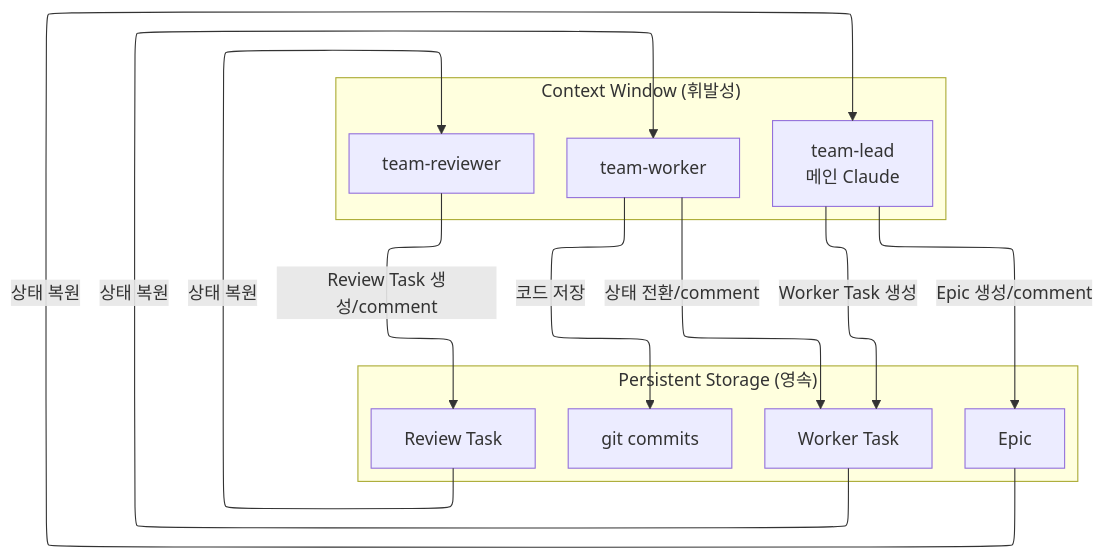
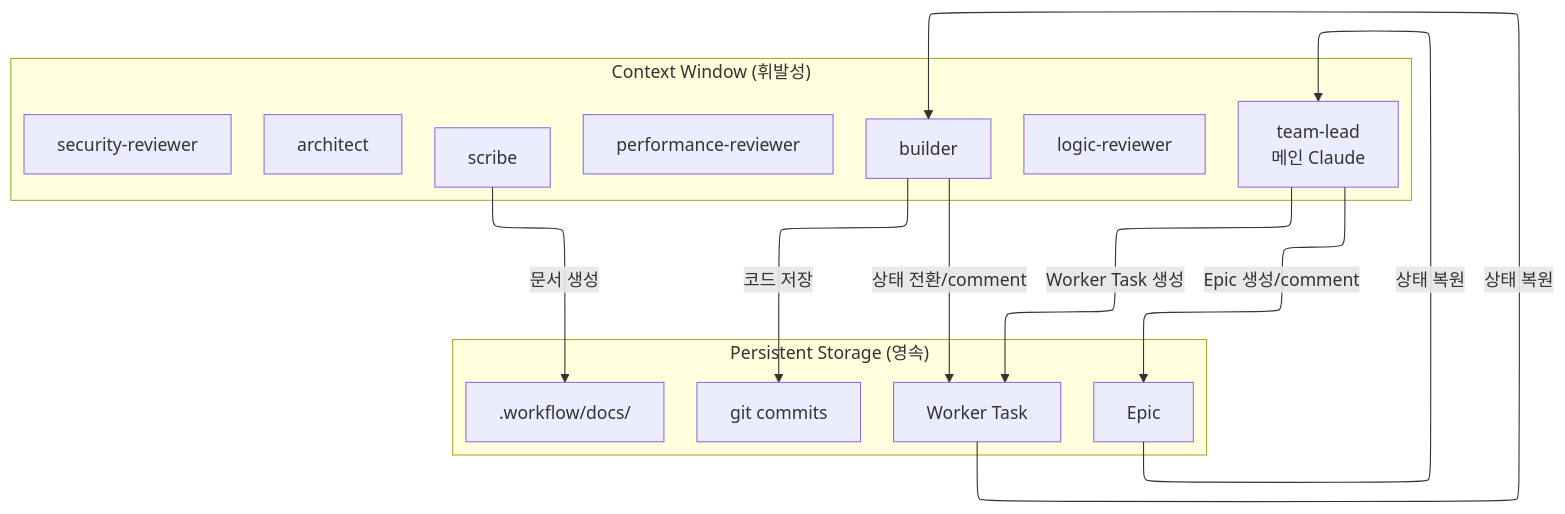
The diagram in plugins/workflow/guides/context-management.md (Wondermove-Inc/calab-claude-plugin), drawn with Mermaid before and after one commit. The commit also changed other lines of this file and 14 other files, not shown here.

First line of the commit message:
[refactor]: teams 워크플로우 7인 팀 구조 전환 (workflow 4.0.1)

````diff
--- a/plugins/workflow/guides/context-management.md
+++ b/plugins/workflow/guides/context-management.md
@@ -19,28 +19,31 @@
 ```mermaid
 ---
 config:
   layout: elk
 ---
 flowchart TB
     subgraph CTX["Context Window (휘발성)"]
         TL[team-lead<br/>메인 Claude]
-        W[team-worker]
-        R[team-reviewer]
+        A[architect]
+        B[builder]
+        SR[security-reviewer]
+        PR[performance-reviewer]
+        LR[logic-reviewer]
+        S[scribe]
     end
 
     subgraph PST["Persistent Storage (영속)"]
         Epic[Epic]
         WT[Worker Task]
-        RT[Review Task]
         Git[git commits]
+        Doc[.workflow/docs/]
     end
 
     TL -->|Epic 생성/comment| Epic
     TL -->|Worker Task 생성| WT
-    W -->|상태 전환/comment| WT
-    W -->|코드 저장| Git
-    R -->|Review Task 생성/comment| RT
+    B -->|상태 전환/comment| WT
+    B -->|코드 저장| Git
+    S -->|문서 생성| Doc
     Epic -->|상태 복원| TL
-    WT -->|상태 복원| W
-    RT -->|상태 복원| R
+    WT -->|상태 복원| B
 ```
````
